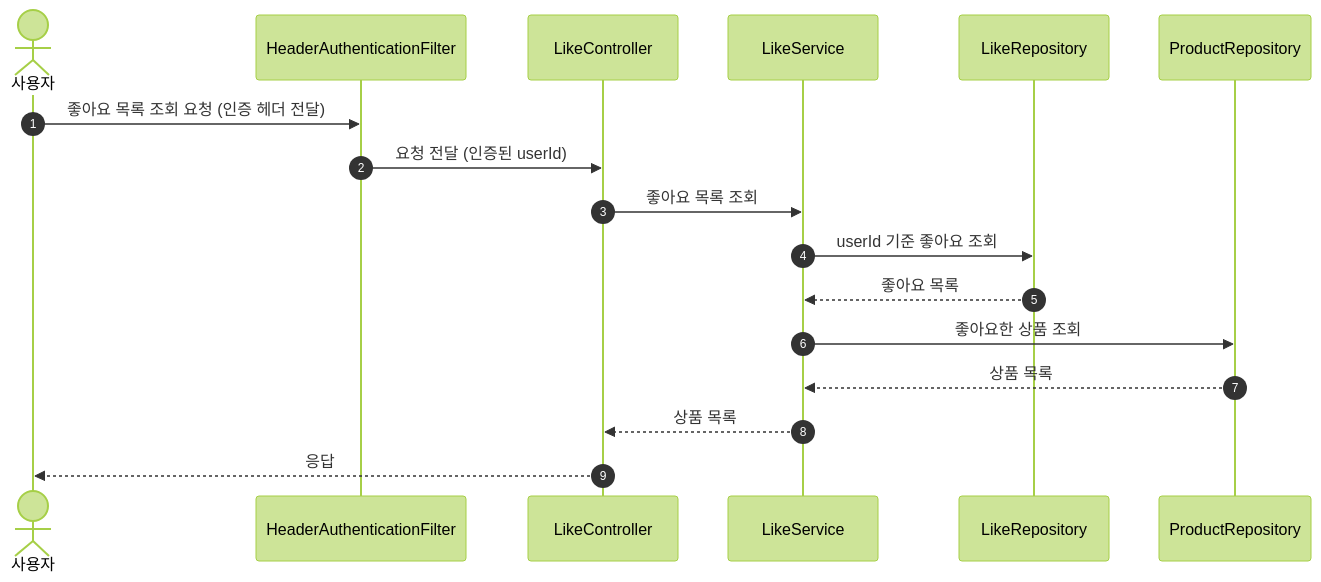
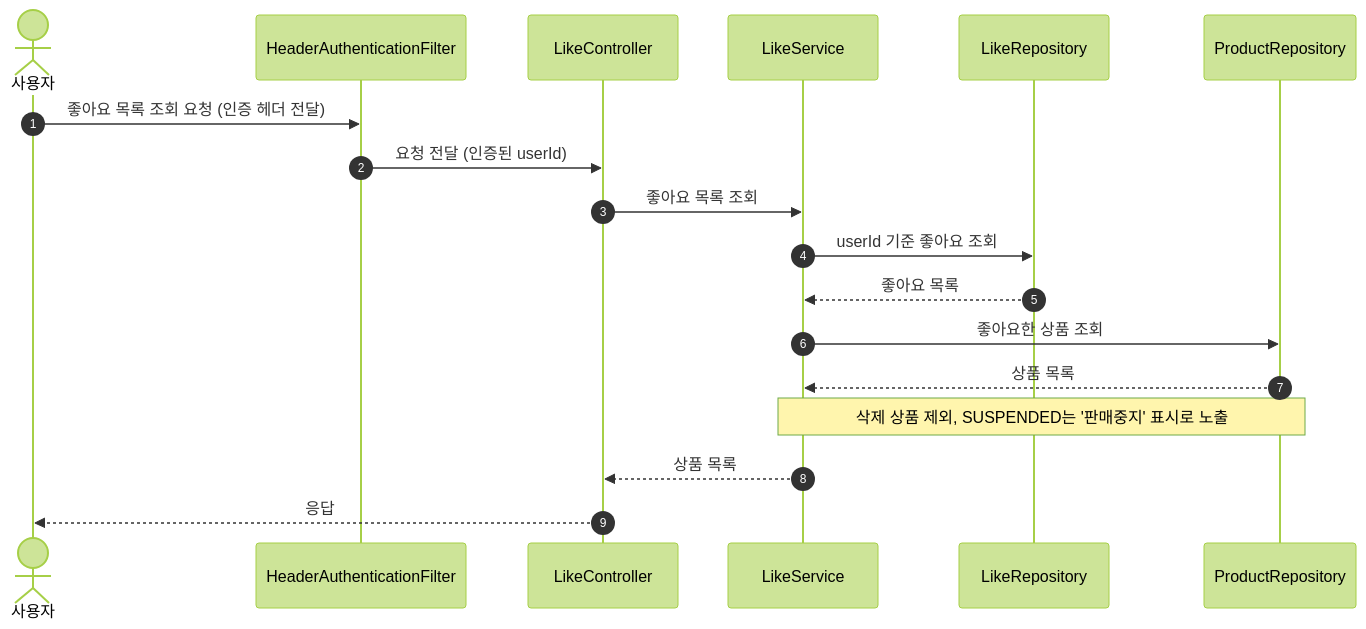
Before and after one commit to loopers-labs/loop-pack-be-l2-vol4-java: diagram 13 of 17 in docs/week2/02-sequence-diagrams.md, drawn with Mermaid (forest theme). The commit also changed other lines of this file and 3 other files, not shown here.

````diff
--- a/docs/week2/02-sequence-diagrams.md
+++ b/docs/week2/02-sequence-diagrams.md
@@ -314,20 +331,21 @@
 ```mermaid
 sequenceDiagram
     autonumber
     actor Client as 사용자
     participant Auth as HeaderAuthenticationFilter
     participant Controller as LikeController
     participant Service as LikeService
     participant LikeRepository as LikeRepository
     participant ProductRepository as ProductRepository
 
     Client->>Auth: 좋아요 목록 조회 요청 (인증 헤더 전달)
     Auth->>Controller: 요청 전달 (인증된 userId)
     Controller->>Service: 좋아요 목록 조회
     Service->>LikeRepository: userId 기준 좋아요 조회
     LikeRepository-->>Service: 좋아요 목록
     Service->>ProductRepository: 좋아요한 상품 조회
     ProductRepository-->>Service: 상품 목록
+    Note over Service,ProductRepository: 삭제 상품 제외, SUSPENDED는 '판매중지' 표시로 노출
     Service-->>Controller: 상품 목록
     Controller-->>Client: 응답
 ```
````
